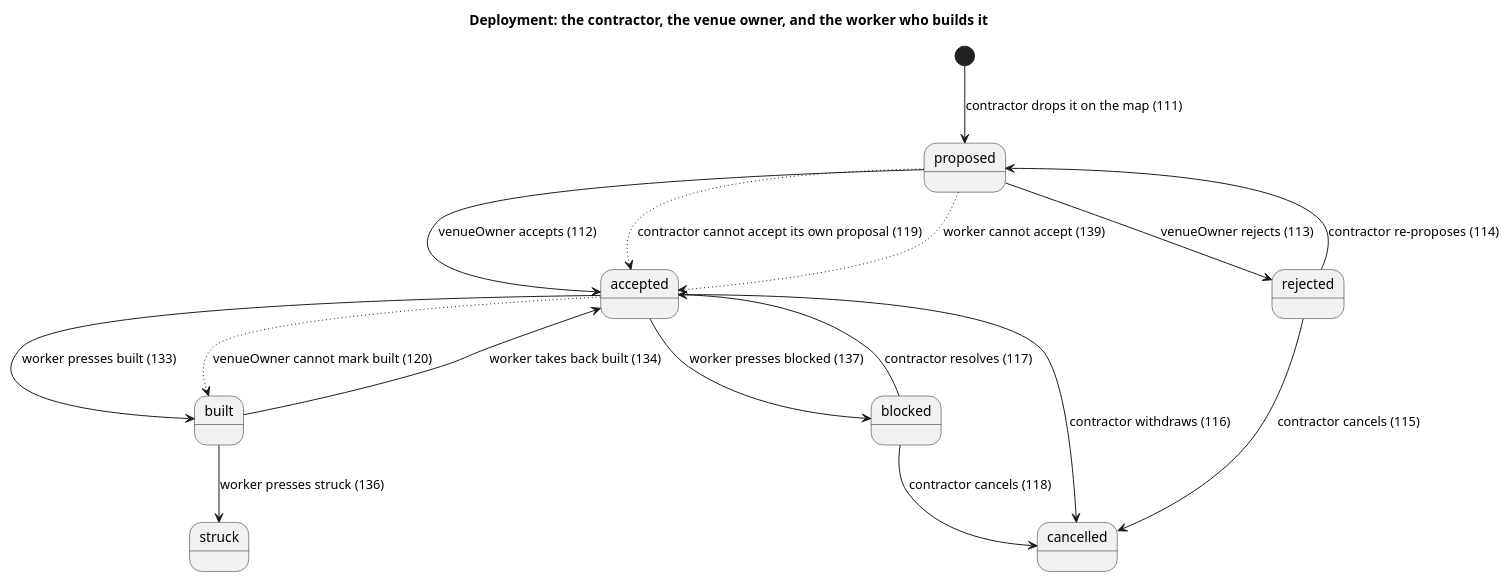
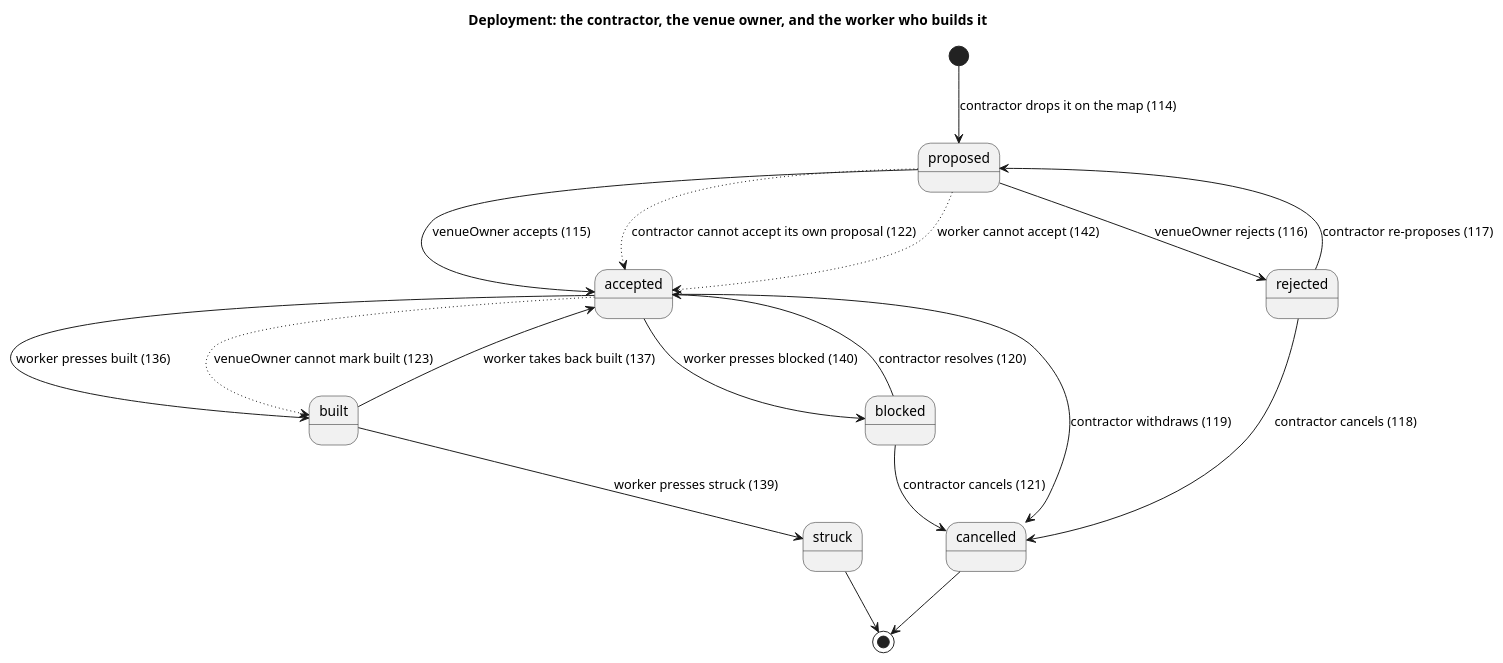
Before and after one commit to blueshed/dzql: the diagram in uml/londons/src/deployment.puml, drawn with PlantUML. The commit also changed 10 other files, not shown here.

```diff
--- a/uml/londons/src/deployment.puml
+++ b/uml/londons/src/deployment.puml
@@ -1,18 +1,20 @@
 @startuml
 title Deployment: the contractor, the venue owner, and the worker who builds it
-[*] --> proposed : contractor drops it on the map (111)
-proposed --> accepted : venueOwner accepts (112)
-proposed --> rejected : venueOwner rejects (113)
-rejected --> proposed : contractor re-proposes (114)
-rejected --> cancelled : contractor cancels (115)
-accepted --> cancelled : contractor withdraws (116)
-accepted --> built : worker presses built (133)
-accepted --> blocked : worker presses blocked (137)
-blocked --> accepted : contractor resolves (117)
-blocked --> cancelled : contractor cancels (118)
-built --> accepted : worker takes back built (134)
-built --> struck : worker presses struck (136)
-proposed -[dotted]-> accepted : contractor cannot accept its own proposal (119)
-proposed -[dotted]-> accepted : worker cannot accept (139)
-accepted -[dotted]-> built : venueOwner cannot mark built (120)
+[*] --> proposed : contractor drops it on the map (114)
+proposed --> accepted : venueOwner accepts (115)
+proposed --> rejected : venueOwner rejects (116)
+rejected --> proposed : contractor re-proposes (117)
+rejected --> cancelled : contractor cancels (118)
+accepted --> cancelled : contractor withdraws (119)
+accepted --> built : worker presses built (136)
+accepted --> blocked : worker presses blocked (140)
+blocked --> accepted : contractor resolves (120)
+blocked --> cancelled : contractor cancels (121)
+built --> accepted : worker takes back built (137)
+built --> struck : worker presses struck (139)
+proposed -[dotted]-> accepted : contractor cannot accept its own proposal (122)
+proposed -[dotted]-> accepted : worker cannot accept (142)
+accepted -[dotted]-> built : venueOwner cannot mark built (123)
+struck --> [*]
+cancelled --> [*]
 @enduml
```
